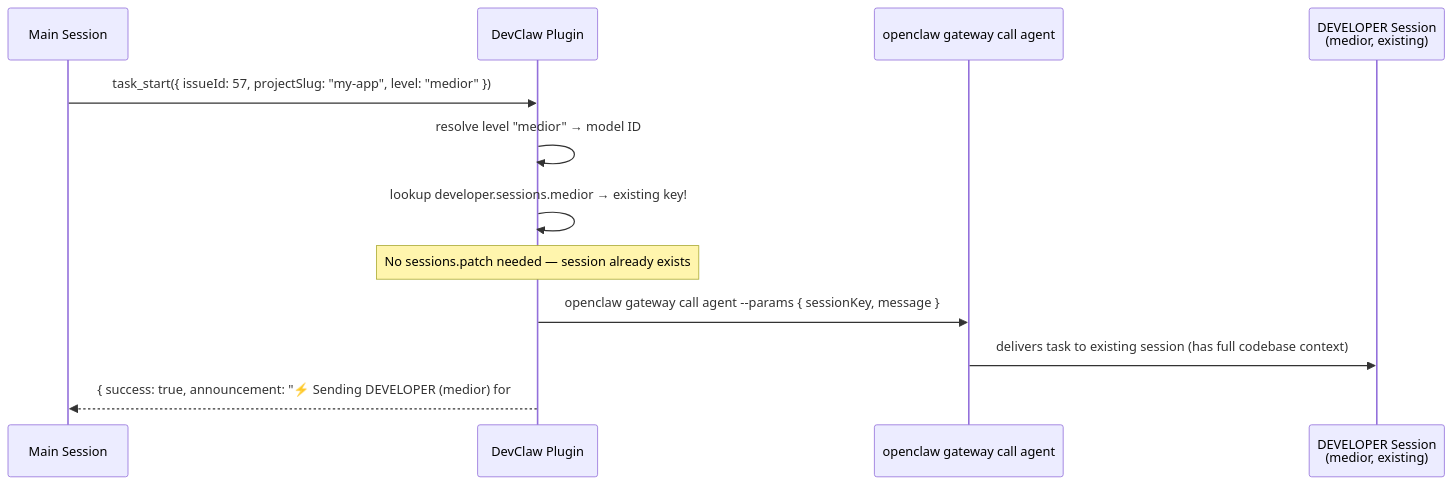
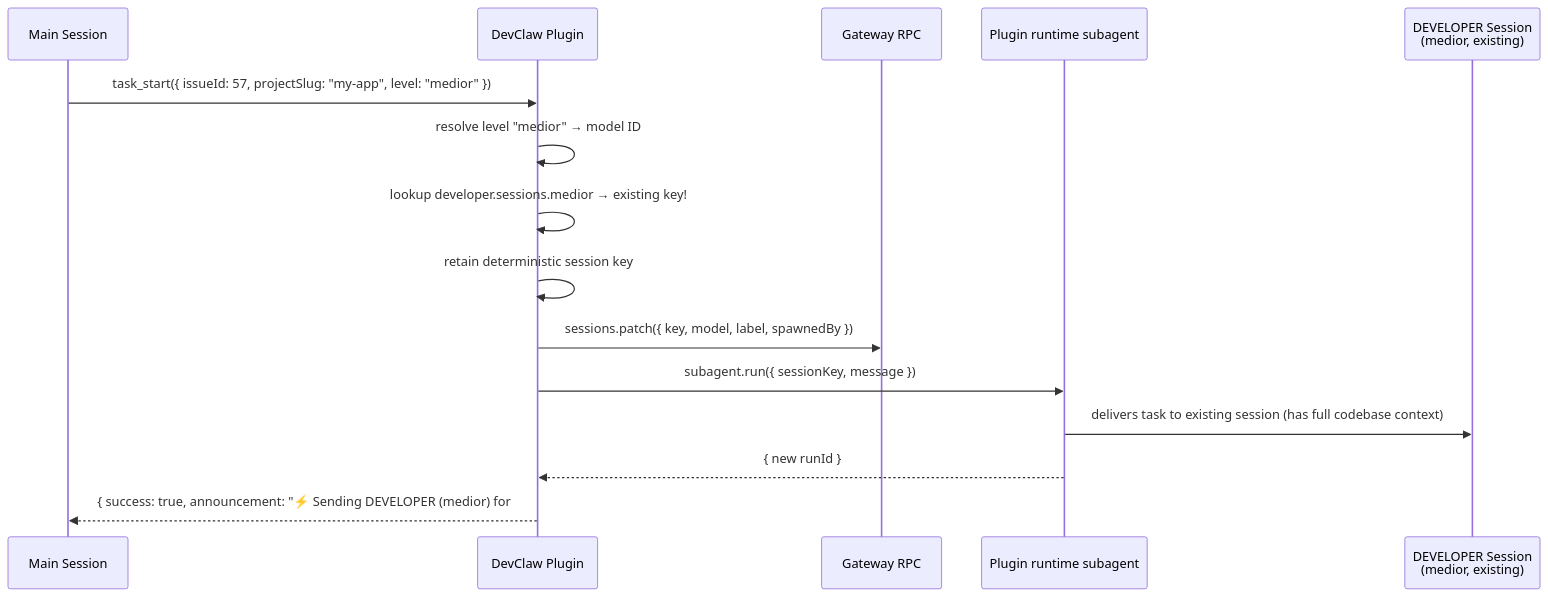
The fifth of 13 diagrams in docs/ARCHITECTURE.md (yaqub0r/devclaw), drawn with Mermaid before and after one commit. The commit also changed other lines of this file and 11 other files, not shown here.

````diff
--- a/docs/ARCHITECTURE.md
+++ b/docs/ARCHITECTURE.md
@@ -279,15 +280,18 @@
 ```mermaid
 sequenceDiagram
     participant MS as Main Session
     participant DC as DevClaw Plugin
-    participant CLI as openclaw gateway call agent
+    participant GW as Gateway RPC
+    participant SUB as Plugin runtime subagent
     participant DEV as DEVELOPER Session<br/>(medior, existing)
 
     MS->>DC: task_start({ issueId: 57, projectSlug: "my-app", level: "medior" })
     DC->>DC: resolve level "medior" → model ID
     DC->>DC: lookup developer.sessions.medior → existing key!
-    Note over DC: No sessions.patch needed — session already exists
-    DC->>CLI: openclaw gateway call agent --params { sessionKey, message }
-    CLI->>DEV: delivers task to existing session (has full codebase context)
+    DC->>DC: retain deterministic session key
+    DC->>GW: sessions.patch({ key, model, label, spawnedBy })
+    DC->>SUB: subagent.run({ sessionKey, message })
+    SUB->>DEV: delivers task to existing session (has full codebase context)
+    SUB-->>DC: { new runId }
     DC-->>MS: { success: true, announcement: "⚡ Sending DEVELOPER (medior) for #57" }
 ```
````
